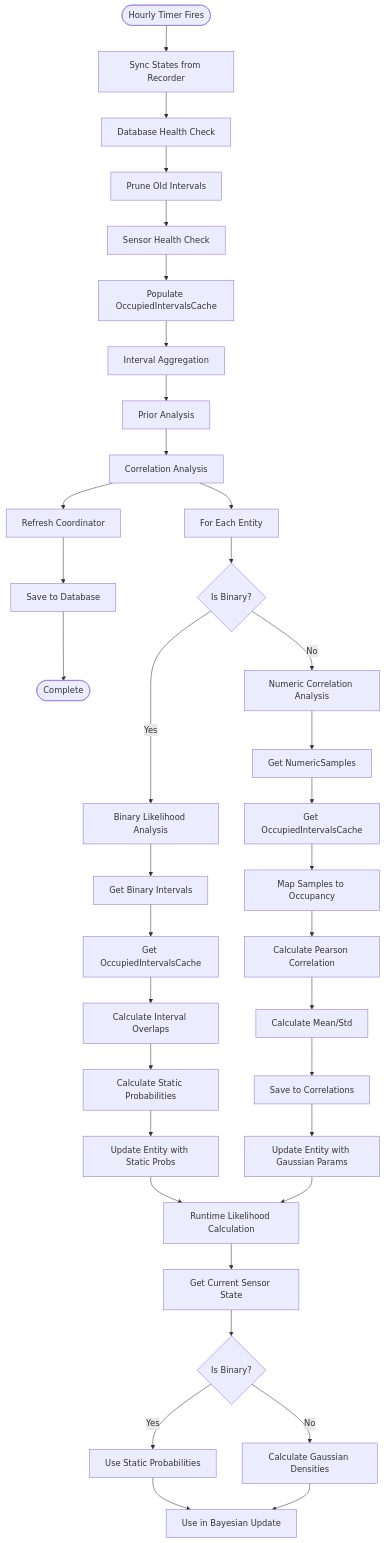
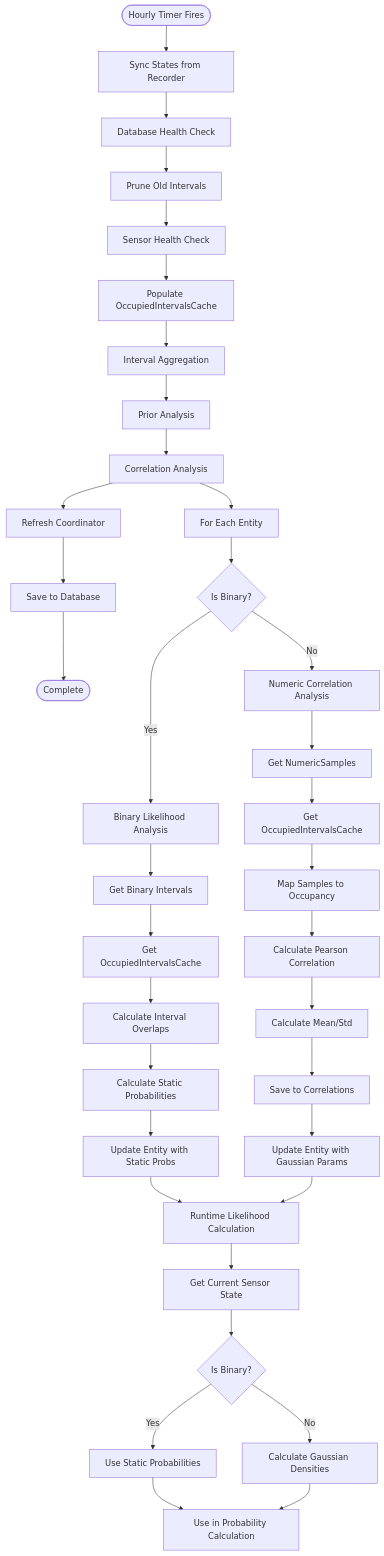
Before and after one commit to Hankanman/Area-Occupancy-Detection: the diagram in docs/docs/technical/analysis-chain.md, drawn with Mermaid. The commit also changed other lines of this file and 22 other files, not shown here.

````diff
--- a/docs/docs/technical/analysis-chain.md
+++ b/docs/docs/technical/analysis-chain.md
@@ -23,43 +23,43 @@
 ```mermaid
 flowchart TD
     Start([Hourly Timer Fires]) --> Sync[Sync States from Recorder]
     Sync --> HealthCheck[Database Health Check]
     HealthCheck --> Prune[Prune Old Intervals]
     Prune --> SensorHealth[Sensor Health Check]
     SensorHealth --> Cache[Populate OccupiedIntervalsCache]
     Cache --> Aggregate[Interval Aggregation]
     Aggregate --> Prior[Prior Analysis]
     Prior --> CorrAnalysis[Correlation Analysis]
     CorrAnalysis --> Refresh[Refresh Coordinator]
     Refresh --> Save[Save to Database]
     Save --> End([Complete])
 
     CorrAnalysis --> SensorDetail[For Each Entity]
     SensorDetail --> CheckType{Is Binary?}
 
     CheckType -- Yes --> BinaryAnalysis[Binary Likelihood Analysis]
     CheckType -- No --> NumericAnalysis[Numeric Correlation Analysis]
 
     BinaryAnalysis --> GetBinaryIntervals[Get Binary Intervals]
     GetBinaryIntervals --> GetOccIntervals[Get OccupiedIntervalsCache]
     GetOccIntervals --> CalcOverlap[Calculate Interval Overlaps]
     CalcOverlap --> CalcProbs[Calculate Static Probabilities]
     CalcProbs --> UpdateBinary[Update Entity with Static Probs]
 
     NumericAnalysis --> GetSamples[Get NumericSamples]
     GetSamples --> GetOccIntervals2[Get OccupiedIntervalsCache]
     GetOccIntervals2 --> MapOccupancy[Map Samples to Occupancy]
     MapOccupancy --> CalcCorr[Calculate Pearson Correlation]
     CalcCorr --> CalcStats[Calculate Mean/Std]
     CalcStats --> SaveCorr[Save to Correlations]
     SaveCorr --> UpdateNumeric[Update Entity with Gaussian Params]
 
     UpdateBinary --> Runtime[Runtime Likelihood Calculation]
     UpdateNumeric --> Runtime
     Runtime --> GetState[Get Current Sensor State]
     GetState --> CheckType2{Is Binary?}
     CheckType2 -- Yes --> UseStatic[Use Static Probabilities]
     CheckType2 -- No --> CalcGaussian[Calculate Gaussian Densities]
-    UseStatic --> Bayesian[Use in Bayesian Update]
-    CalcGaussian --> Bayesian
+    UseStatic --> Prob[Use in Probability Calculation]
+    CalcGaussian --> Prob
 ```
````
